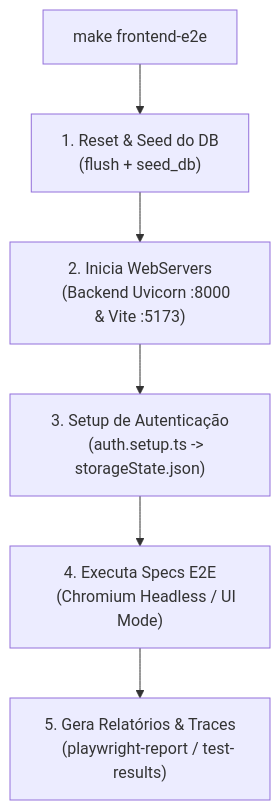
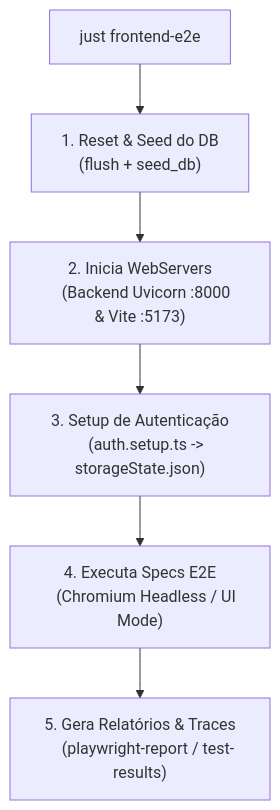
Before and after one commit to Rafaelp122/wedding_management: the diagram in docs/guides/frontend/run-playwright-e2e.md, drawn with Mermaid. The commit also changed other lines of this file and 34 other files, not shown here.

````diff
--- a/docs/guides/frontend/run-playwright-e2e.md
+++ b/docs/guides/frontend/run-playwright-e2e.md
@@ -17,13 +17,13 @@
 ```mermaid
 flowchart TD
-    Start["make frontend-e2e"] --> DBReset["1. Reset & Seed do DB
+    Start["just frontend-e2e"] --> DBReset["1. Reset & Seed do DB
     (flush + seed_db)"]
     DBReset --> StartServers["2. Inicia WebServers
     (Backend Uvicorn :8000 & Vite :5173)"]
     StartServers --> AuthSetup["3. Setup de Autenticação
     (auth.setup.ts -> storageState.json)"]
     AuthSetup --> RunSpecs["4. Executa Specs E2E
     (Chromium Headless / UI Mode)"]
     RunSpecs --> Artifacts["5. Gera Relatórios & Traces
     (playwright-report / test-results)"]
 ```
````
